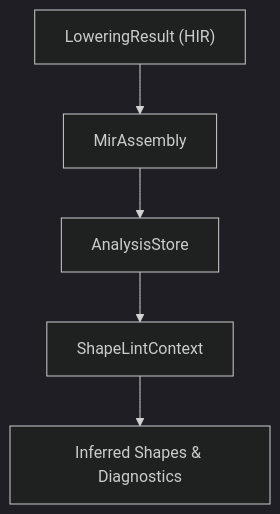
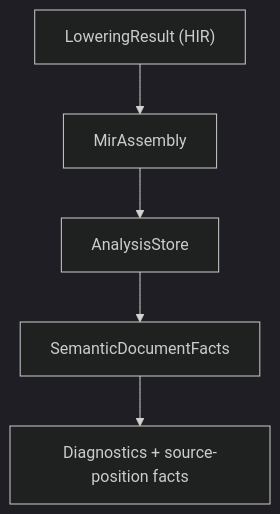
Before and after one commit to runmat-org/runmat: the first of 2 diagrams in docs/compiler/static-analysis.md, drawn with Mermaid (dark theme). The commit also changed other lines of this file and 49 other files, not shown here.

````diff
--- a/docs/compiler/static-analysis.md
+++ b/docs/compiler/static-analysis.md
@@ -85,13 +87,13 @@
 ```mermaid
 flowchart TD
   %% Subgraph: Code Entities
   A["LoweringResult (HIR)"]
   B["MirAssembly"]
   C["AnalysisStore"]
-  D["ShapeLintContext"]
-  E["Inferred Shapes & Diagnostics"]
+  D["SemanticDocumentFacts"]
+  E["Diagnostics + source-position facts"]
   A --> B
   B --> C
   C --> D
   D --> E
 ```
````
